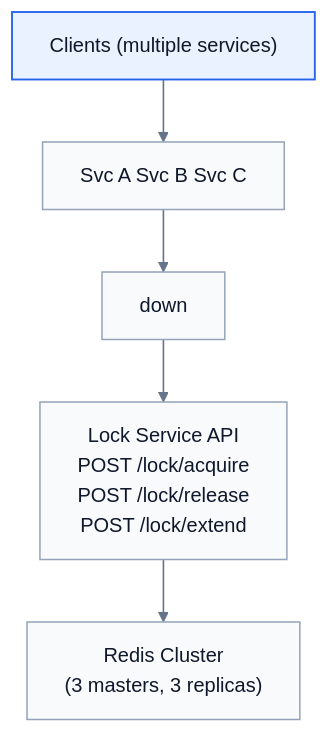
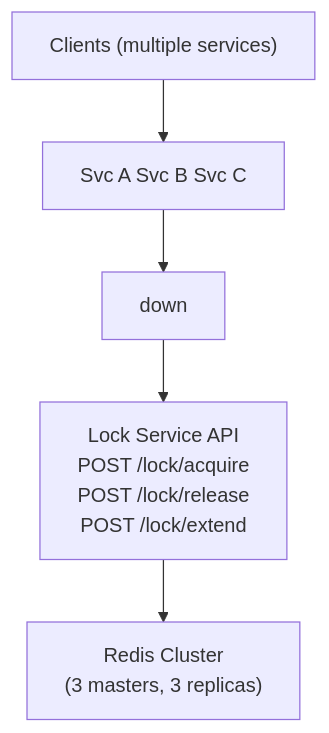
Before and after one commit to shivaram0583/system-design: the second of 2 diagrams in 01-fundamentals/25-distributed-locks.md, drawn with Mermaid. The commit also changed other lines of this file and 64 other files, not shown here.

````diff
--- a/01-fundamentals/25-distributed-locks.md
+++ b/01-fundamentals/25-distributed-locks.md
@@ -230,20 +223,12 @@
 ```mermaid
 flowchart TB
-    classDef primary fill:#eaf2ff,stroke:#2563eb,stroke-width:1.5px,color:#0f172a;
-    classDef secondary fill:#f8fafc,stroke:#94a3b8,stroke-width:1.2px,color:#0f172a;
-    linkStyle default stroke:#64748b,stroke-width:1.3px;
     N0["Clients (multiple services)"]
-    class N0 primary
     N1["Svc A Svc B Svc C"]
-    class N1 secondary
     N2["down"]
-    class N2 secondary
     N3["Lock Service API<br/>POST /lock/acquire<br/>POST /lock/release<br/>POST /lock/extend"]
-    class N3 secondary
     N4["Redis Cluster<br/>(3 masters, 3 replicas)"]
-    class N4 secondary
     N0 --> N1
     N1 --> N2
     N2 --> N3
     N3 --> N4
 ```
````
